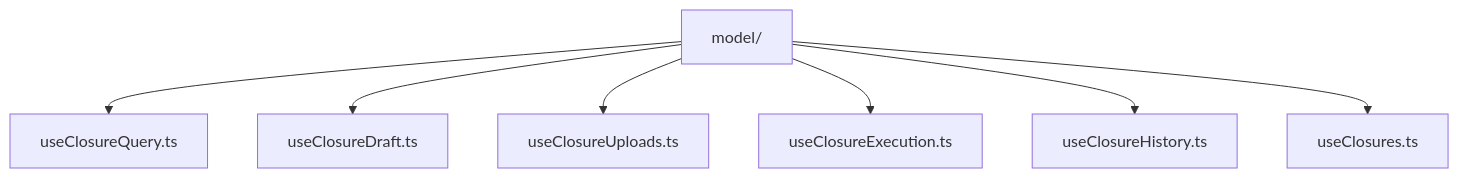
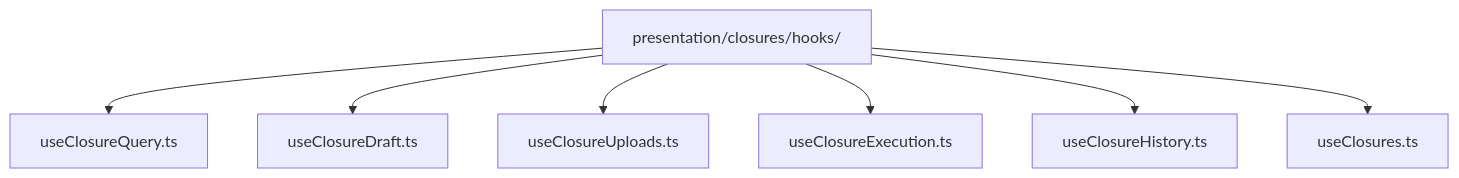
One commit to AndresTaoFlorez/software-architecture changed the fourth of 5 diagrams in frontend/presentation-architecture.md. Above: the diagram before and after it, drawn with Mermaid. The commit also changed other lines of this file and 43 other files, not shown here.

````diff
--- a/frontend/presentation-architecture.md
+++ b/frontend/presentation-architecture.md
@@ -246,9 +211,9 @@
 ```mermaid
 flowchart TD
-    M["model/"] --> Q["useClosureQuery.ts"]
+    M["presentation/closures/hooks/"] --> Q["useClosureQuery.ts"]
     M --> D["useClosureDraft.ts"]
     M --> U["useClosureUploads.ts"]
     M --> E["useClosureExecution.ts"]
     M --> H["useClosureHistory.ts"]
     M --> F["useClosures.ts"]
 ```
````
